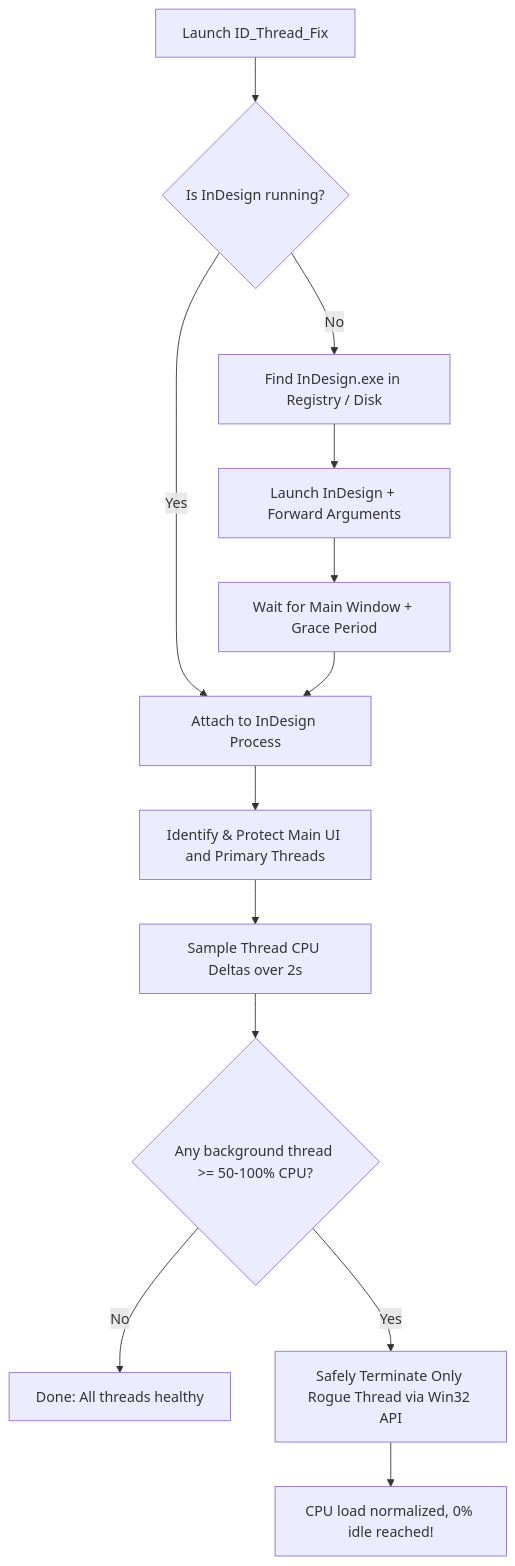
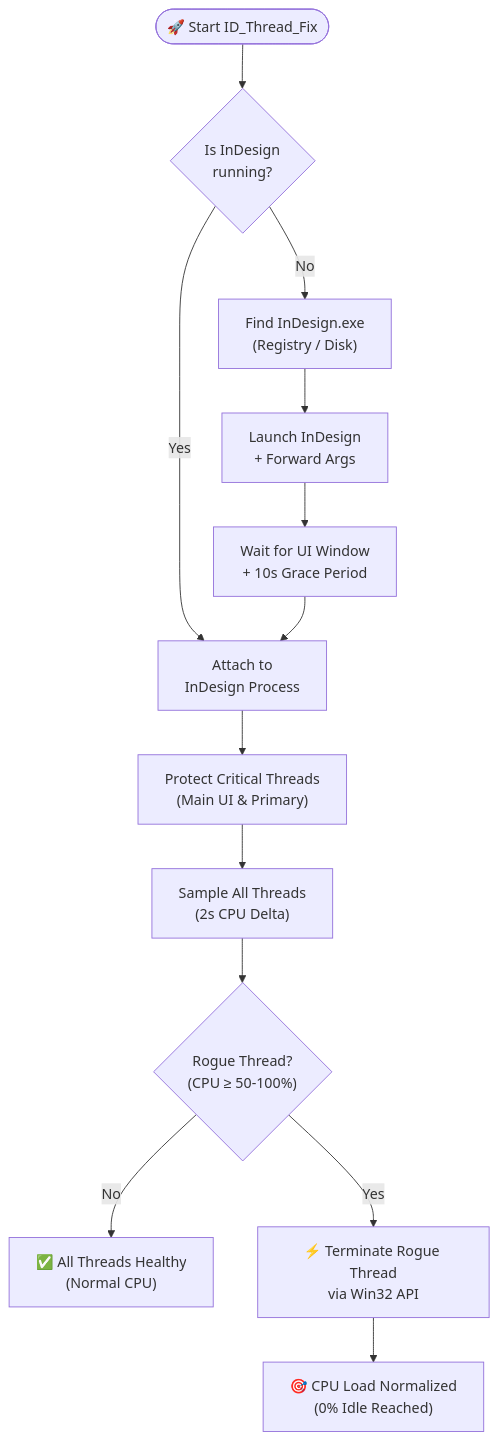
One commit to SaidAuita/ID_Thread_Fix changed the first of 2 diagrams in README.md. Above: the diagram before and after it, drawn with Mermaid. The commit also changed other lines of this file and 2 other files, not shown here.

Commit message:
feat: Add prebuilt binary dist/ID_Thread_Fix.exe and optimize README diagrams

````diff
--- a/README.md
+++ b/README.md
@@ -47,15 +62,15 @@
 ```mermaid
 flowchart TD
-    A[Launch ID_Thread_Fix] --> B{Is InDesign running?}
-    B -- No --> C[Find InDesign.exe in Registry / Disk]
-    C --> D[Launch InDesign + Forward Arguments]
-    D --> E[Wait for Main Window + Grace Period]
-    B -- Yes --> F[Attach to InDesign Process]
+    A(["🚀 Start ID_Thread_Fix"]) --> B{"Is InDesign<br/>running?"}
+    B -- No --> C["Find InDesign.exe<br/>(Registry / Disk)"]
+    C --> D["Launch InDesign<br/>+ Forward Args"]
+    D --> E["Wait for UI Window<br/>+ 10s Grace Period"]
+    B -- Yes --> F["Attach to<br/>InDesign Process"]
     E --> F
-    F --> G[Identify & Protect Main UI and Primary Threads]
-    G --> H[Sample Thread CPU Deltas over 2s]
-    H --> I{Any background thread >= 50-100% CPU?}
-    I -- No --> J[Done: All threads healthy]
-    I -- Yes --> K[Safely Terminate Only Rogue Thread via Win32 API]
-    K --> L[CPU load normalized, 0% idle reached!]
+    F --> G["Protect Critical Threads<br/>(Main UI & Primary)"]
+    G --> H["Sample All Threads<br/>(2s CPU Delta)"]
+    H --> I{"Rogue Thread?<br/>(CPU &ge; 50-100%)"}
+    I -- No --> J["✅ All Threads Healthy<br/>(Normal CPU)"]
+    I -- Yes --> K["⚡ Terminate Rogue Thread<br/>via Win32 API"]
+    K --> L["🎯 CPU Load Normalized<br/>(0% Idle Reached)"]
 ```
````
